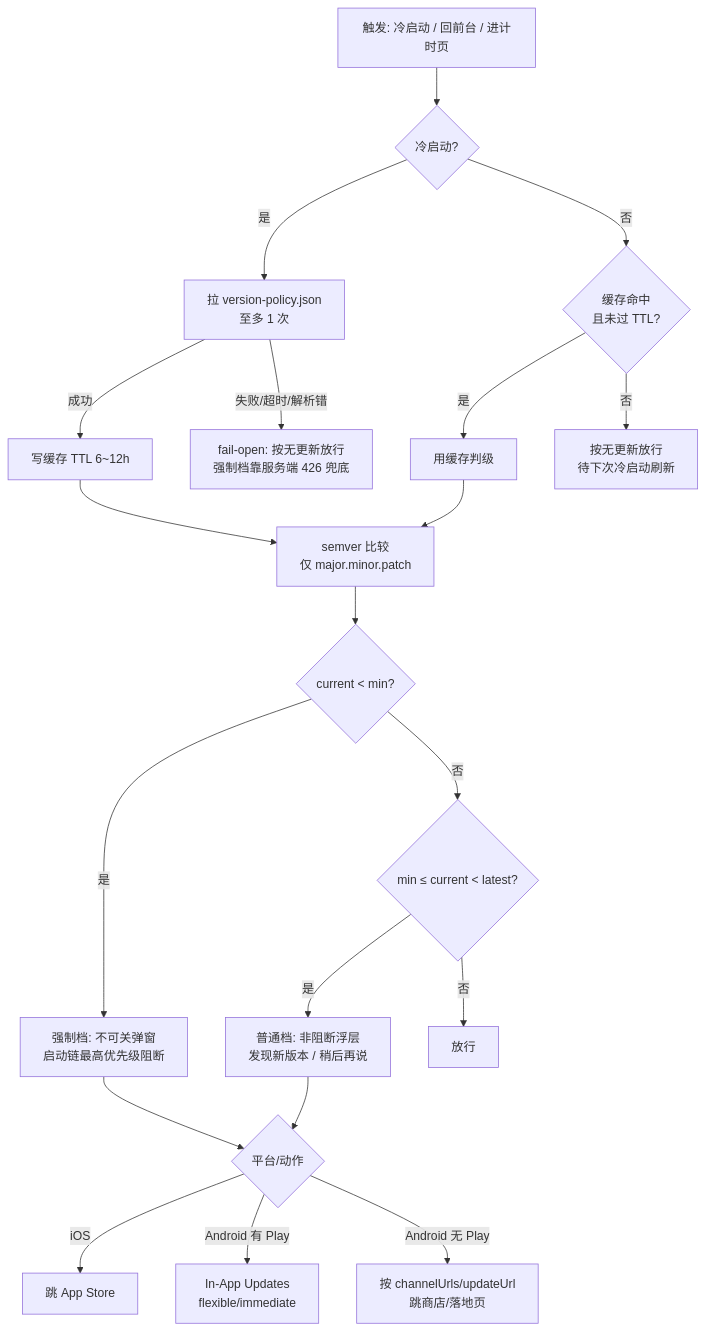
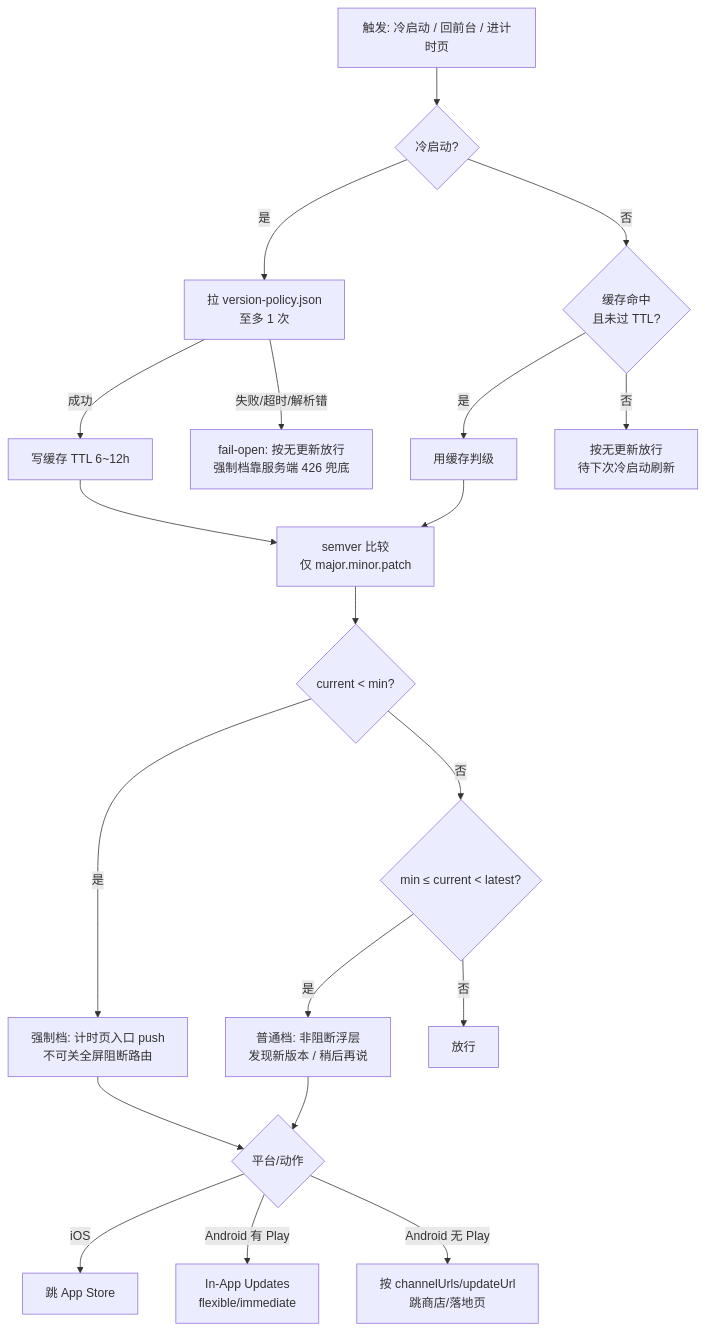
One commit to Yuyuan-ios/asset_ledger_app changed the diagram in docs/architecture/app-version-update-design.md. Above: the diagram before and after it, drawn with Mermaid. The commit also changed other lines of this file, not shown here.

````diff
--- a/docs/architecture/app-version-update-design.md
+++ b/docs/architecture/app-version-update-design.md
@@ -92,22 +92,22 @@
 ```mermaid
 flowchart TD
     A[触发: 冷启动 / 回前台 / 进计时页] --> B{冷启动?}
     B -- 是 --> C[拉 version-policy.json<br/>至多 1 次]
     B -- 否 --> D{缓存命中<br/>且未过 TTL?}
     D -- 是 --> E[用缓存判级]
     D -- 否 --> P[按无更新放行<br/>待下次冷启动刷新]
     C -- 成功 --> F[写缓存 TTL 6~12h]
     C -- 失败/超时/解析错 --> Q[fail-open: 按无更新放行<br/>强制档靠服务端 426 兜底]
     F --> G[semver 比较<br/>仅 major.minor.patch]
     E --> G
     G --> H{current < min?}
-    H -- 是 --> I[强制档: 不可关弹窗<br/>启动链最高优先级阻断]
+    H -- 是 --> I[强制档: 计时页入口 push<br/>不可关全屏阻断路由]
     H -- 否 --> J{min ≤ current < latest?}
     J -- 是 --> K[普通档: 非阻断浮层<br/>发现新版本 / 稍后再说]
     J -- 否 --> R[放行]
     I --> L{平台/动作}
     K --> L
     L -- iOS --> M[跳 App Store]
     L -- Android 有 Play --> N[In-App Updates<br/>flexible/immediate]
     L -- Android 无 Play --> O[按 channelUrls/updateUrl<br/>跳商店/落地页]
 ```
````
